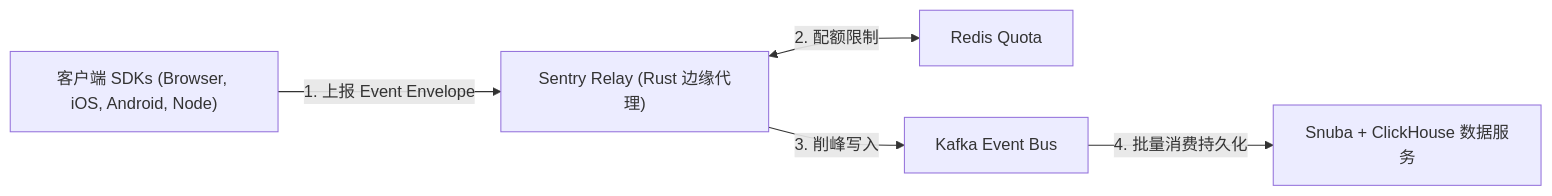
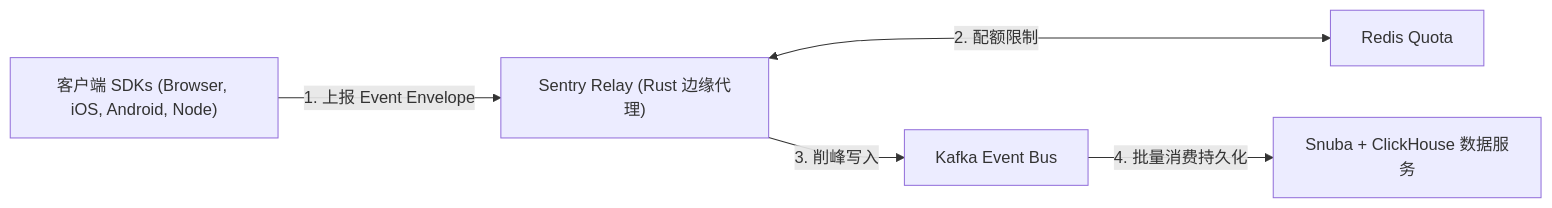
Before and after one commit to koosai/AI-Architect-Learning: the third of 6 diagrams in docs/atlas/sentry.mdx, drawn with Mermaid. The commit also changed other lines of this file and 68 other files, not shown here.

Commit message:
fix(atlas): fix browser client-side Mermaid rendering for mindmaps and flowcharts across 67 case studies

````diff
--- a/docs/atlas/sentry.mdx
+++ b/docs/atlas/sentry.mdx
@@ -110,7 +110,7 @@
 ```mermaid
 graph LR
   SDKs["客户端 SDKs (Browser, iOS, Android, Node)"] -->|1. 上报 Event Envelope| Relay["Sentry Relay (Rust 边缘代理)"]
-  Relay <-->|2. 配额限制| Redis["Redis Quota"]
+  Relay <--->|2. 配额限制| Redis["Redis Quota"]
   Relay -->|3. 削峰写入| Kafka["Kafka Event Bus"]
   Kafka -->|4. 批量消费持久化| Snuba["Snuba + ClickHouse 数据服务"]
 ```
````
